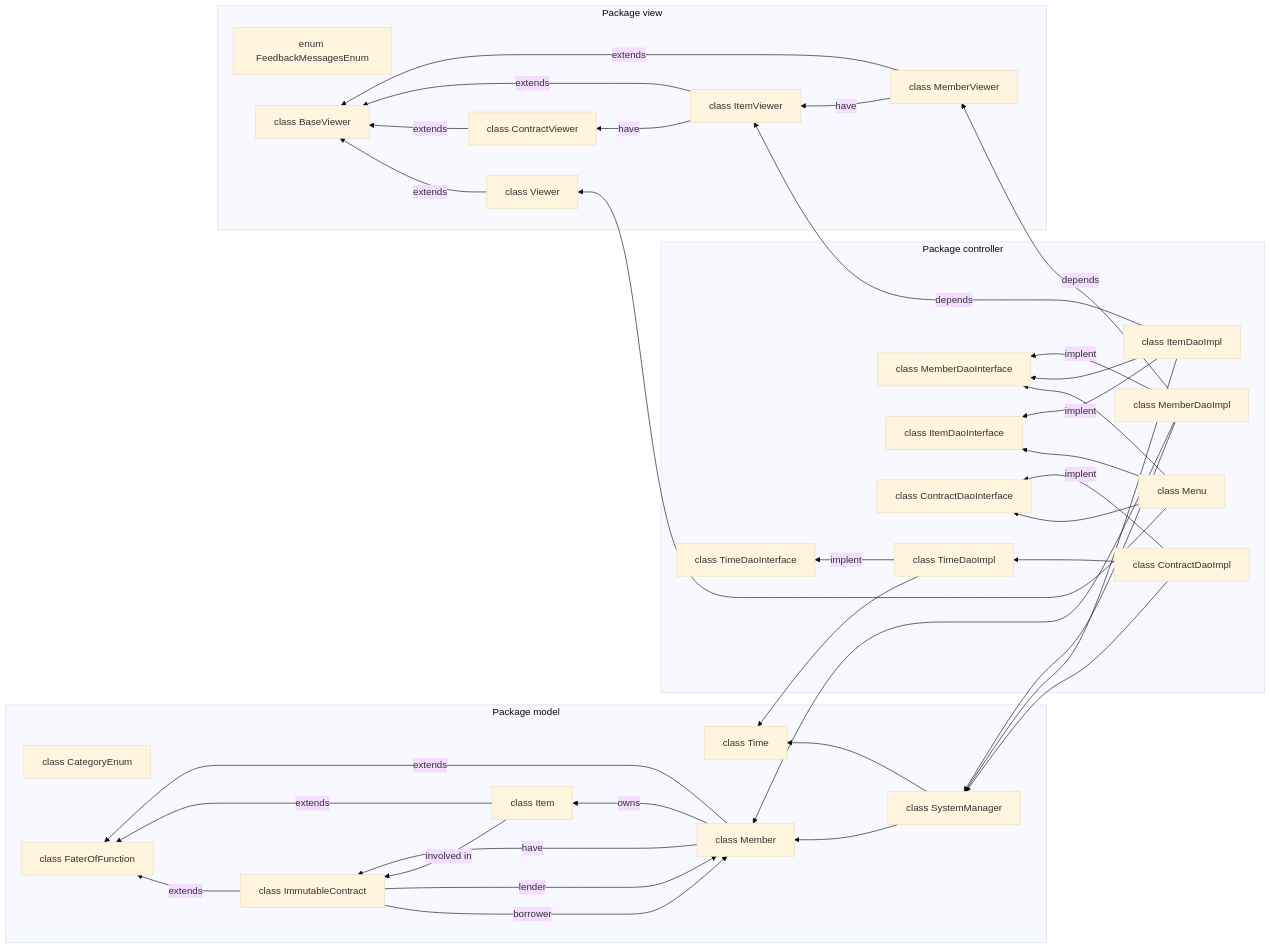
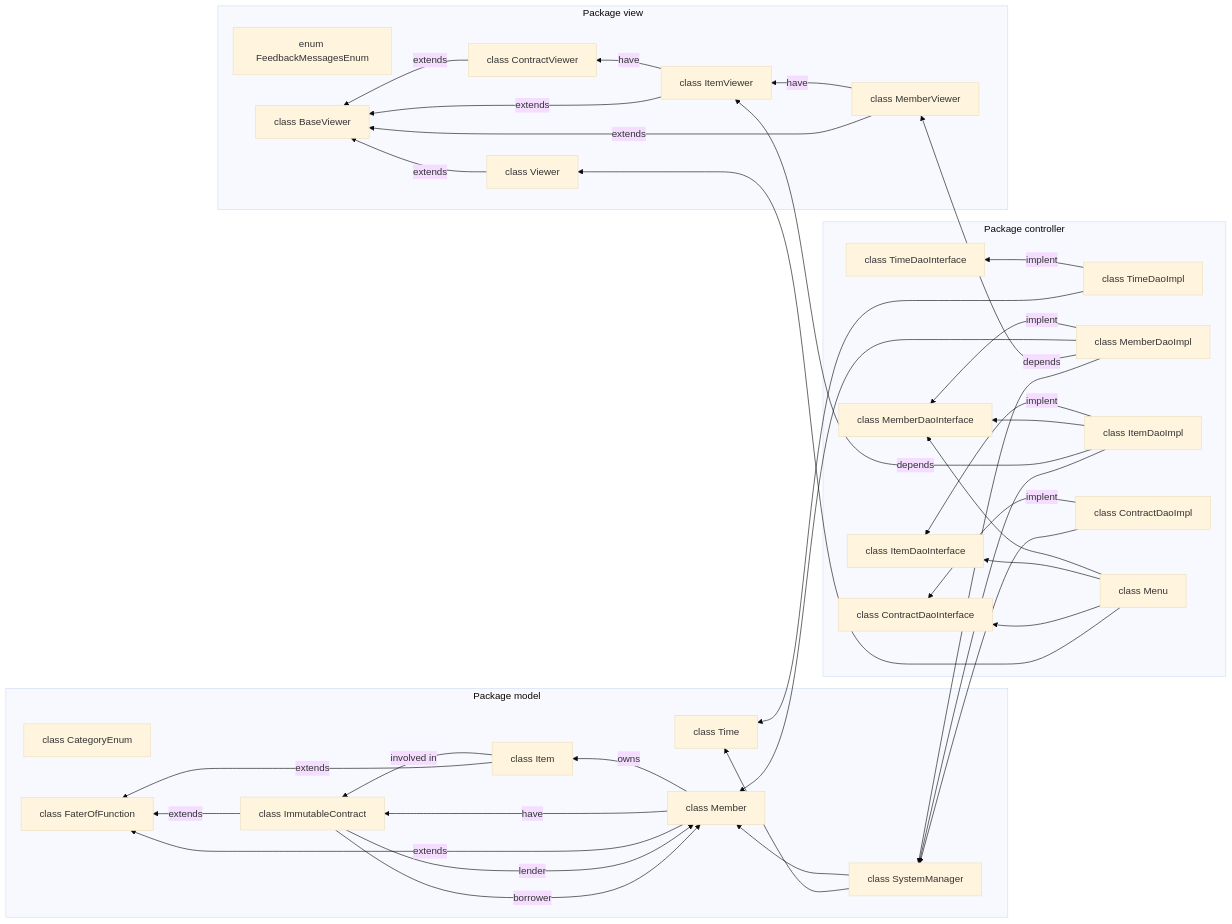
Before and after one commit to ashkar99/Stuff-Lending-System: the first of 5 diagrams in design.md, drawn with Mermaid (base theme).

Commit message:
Update file design.md

```diff
--- a/design.md
+++ b/design.md
@@ -41,7 +41,6 @@
     controller1 --"implent"--> controller2 
 
     controller6 --> controller3
-    controller8 --> controller1
 
     controller9 --> controller3
     controller9 --> controller5
```
